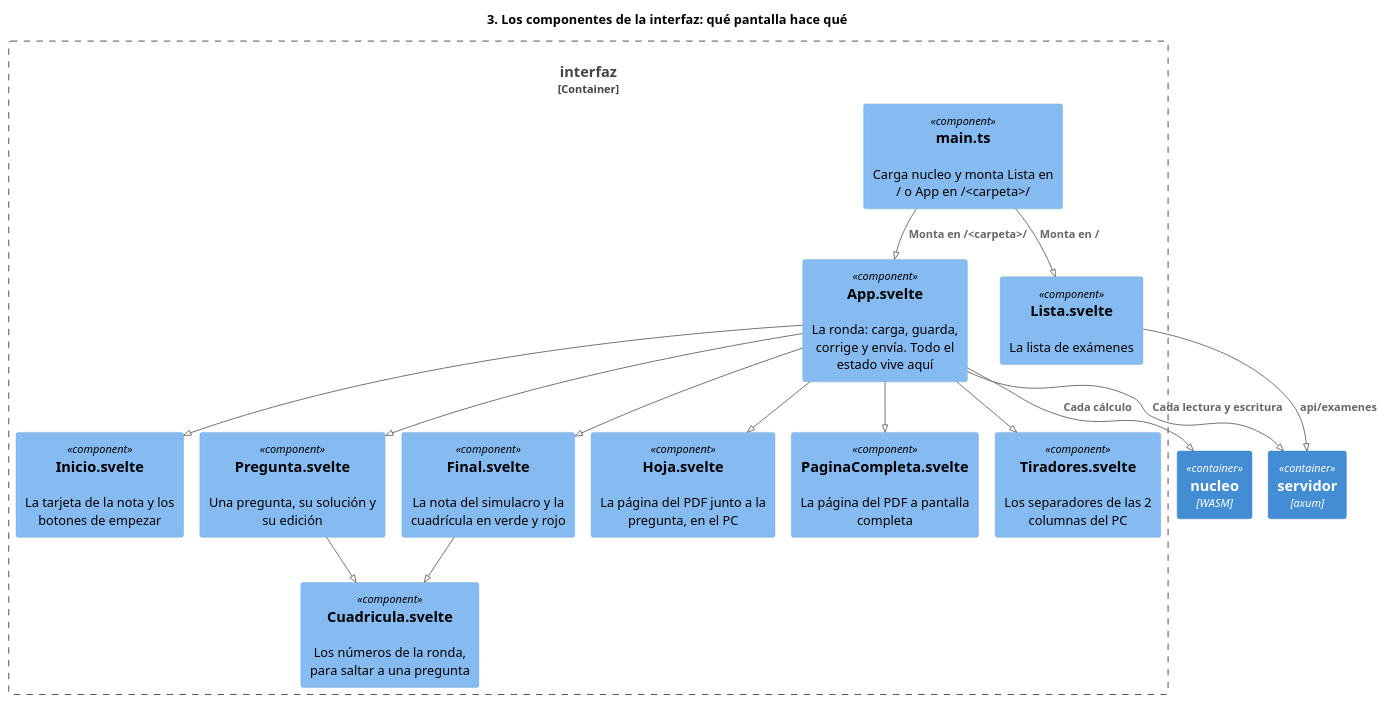
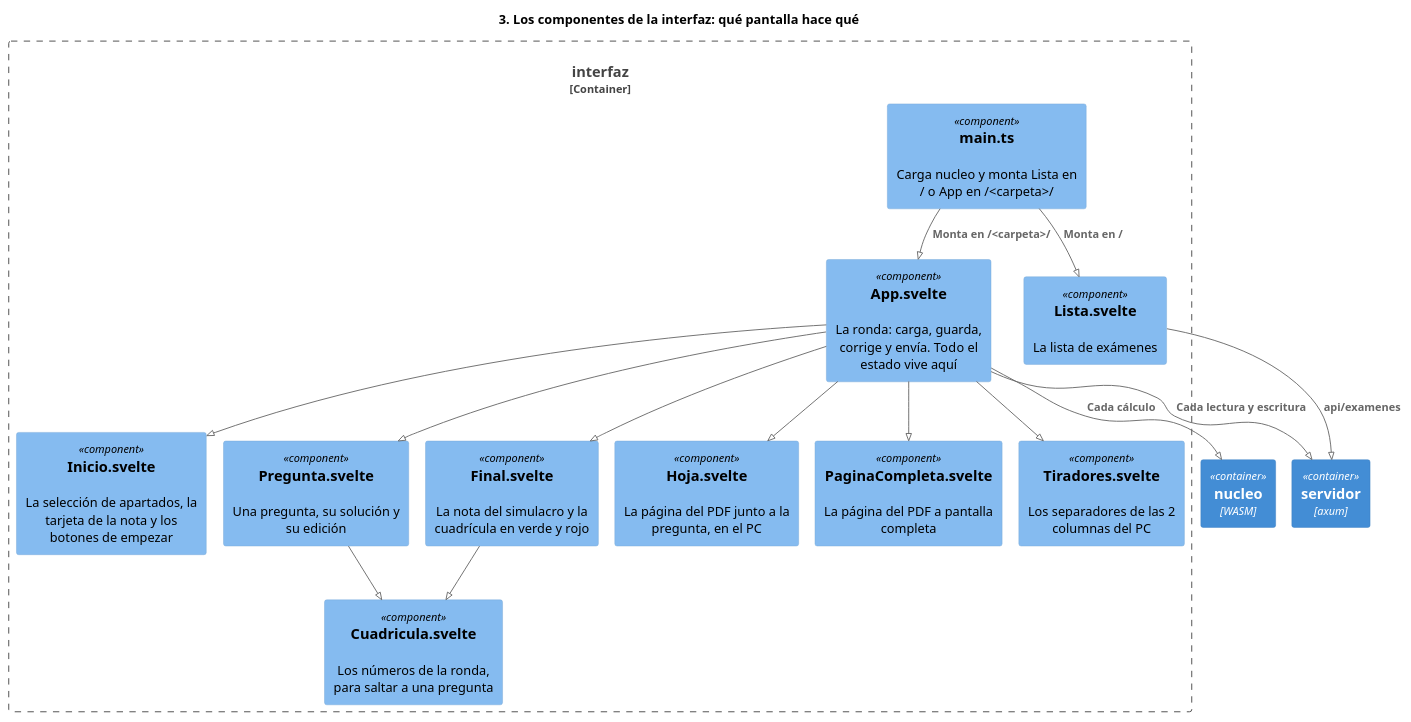
Before and after one commit to jfdg01/examenes: the diagram in docs/diagramas/3-interfaz.puml, drawn with PlantUML. The commit also changed 3 other files, not shown here.

First line of the commit message:
chore: los diagramas muestran la selección de apartados

```diff
--- a/docs/diagramas/3-interfaz.puml
+++ b/docs/diagramas/3-interfaz.puml
@@ -1,35 +1,35 @@
 @startuml 3-interfaz
 !pragma layout smetana
 !include <C4/C4_Component>
 title 3. Los componentes de la interfaz: qué pantalla hace qué
 
 Container(servidor, "servidor", "axum")
 Container(nucleo, "nucleo", "WASM")
 
 Container_Boundary(interfaz, "interfaz") {
   Component(main, "main.ts", "", "Carga nucleo y monta Lista en / o App en /<carpeta>/")
   Component(lista, "Lista.svelte", "", "La lista de exámenes")
   Component(app, "App.svelte", "", "La ronda: carga, guarda, corrige y envía. Todo el estado vive aquí")
-  Component(inicio, "Inicio.svelte", "", "La tarjeta de la nota y los botones de empezar")
+  Component(inicio, "Inicio.svelte", "", "La selección de apartados, la tarjeta de la nota y los botones de empezar")
   Component(pregunta, "Pregunta.svelte", "", "Una pregunta, su solución y su edición")
   Component(final, "Final.svelte", "", "La nota del simulacro y la cuadrícula en verde y rojo")
   Component(cuadricula, "Cuadricula.svelte", "", "Los números de la ronda, para saltar a una pregunta")
   Component(hoja, "Hoja.svelte", "", "La página del PDF junto a la pregunta, en el PC")
   Component(pagina, "PaginaCompleta.svelte", "", "La página del PDF a pantalla completa")
   Component(tiradores, "Tiradores.svelte", "", "Los separadores de las 2 columnas del PC")
 }
 
 Rel(main, lista, "Monta en /")
 Rel(main, app, "Monta en /<carpeta>/")
 Rel(lista, servidor, "api/examenes")
 Rel(app, inicio, "")
 Rel(app, pregunta, "")
 Rel(app, final, "")
 Rel(app, hoja, "")
 Rel(app, pagina, "")
 Rel(app, tiradores, "")
 Rel(pregunta, cuadricula, "")
 Rel(final, cuadricula, "")
 Rel(app, nucleo, "Cada cálculo")
 Rel(app, servidor, "Cada lectura y escritura")
 @enduml
```
